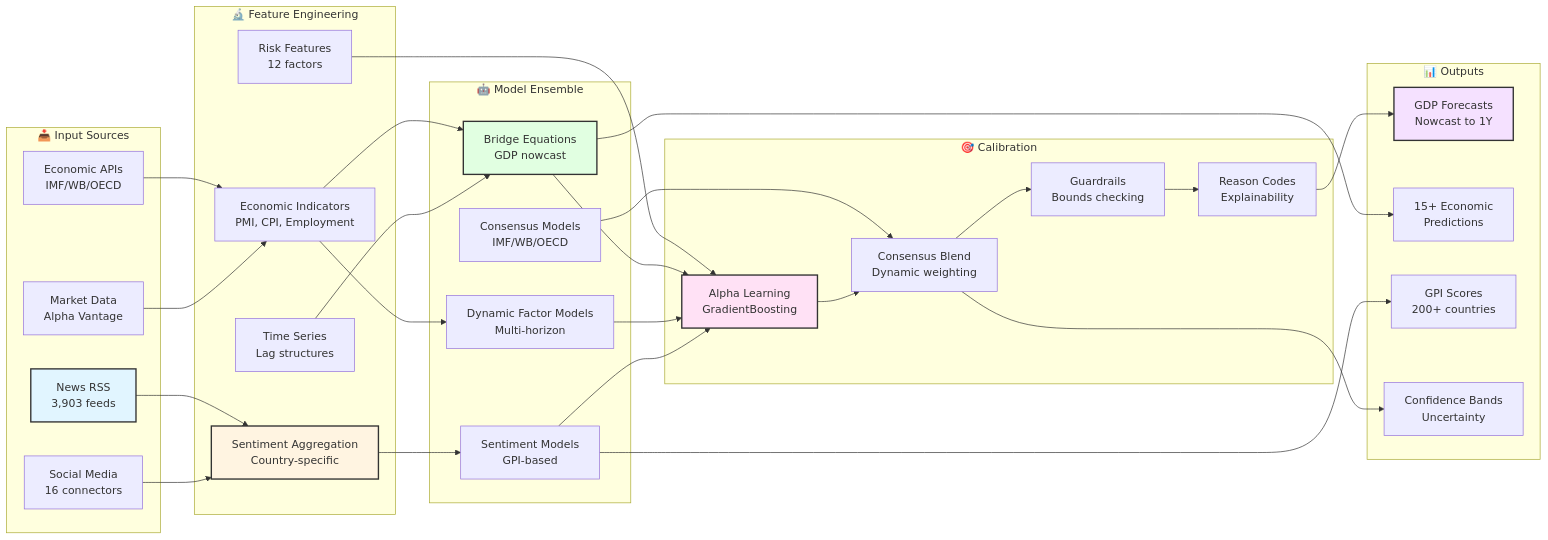
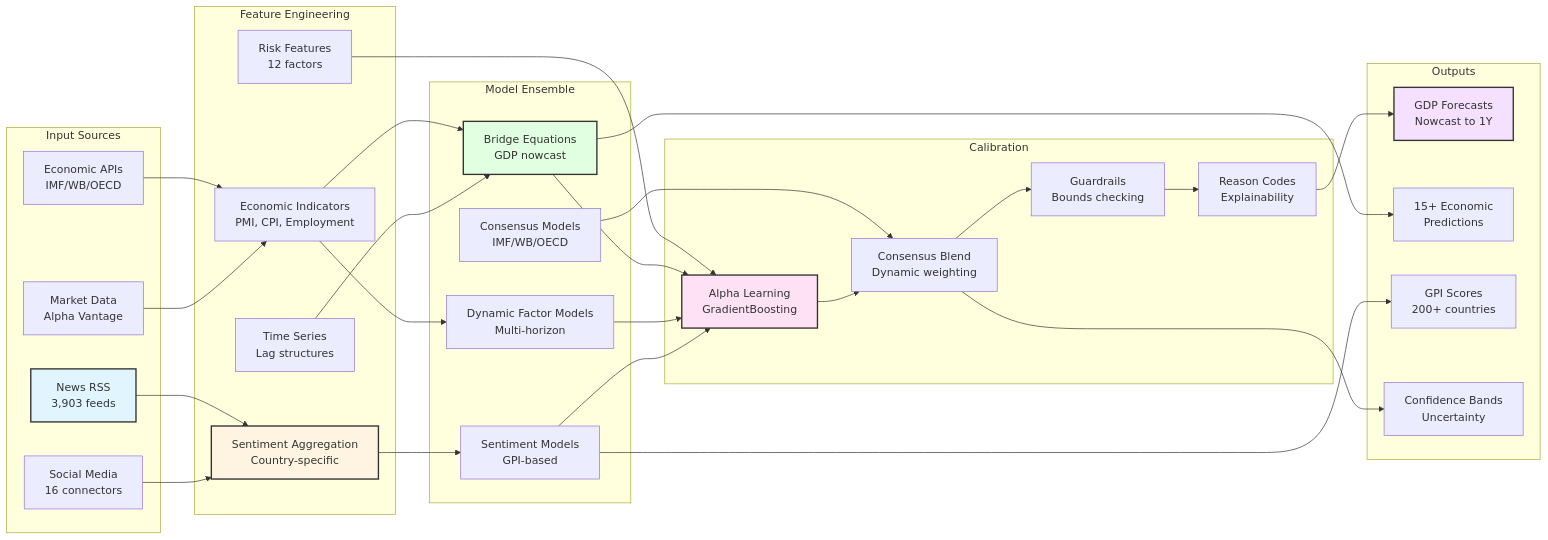
The fourth of 9 diagrams in README.md (BigMe123/BRGSentimentbot), drawn with Mermaid before and after one commit. The commit also changed other lines of this file and 103 other files, not shown here.

````diff
--- a/README.md
+++ b/README.md
@@ -388,68 +388,68 @@
 ```mermaid
 flowchart LR
-    subgraph "📥 Input Sources"
-        A1[News RSS<br/>3,903 feeds]
-        A2[Economic APIs<br/>IMF/WB/OECD]
-        A3[Social Media<br/>16 connectors]
-        A4[Market Data<br/>Alpha Vantage]
-    end
+ subgraph "Input Sources"
+ A1[News RSS<br/>3,903 feeds]
+ A2[Economic APIs<br/>IMF/WB/OECD]
+ A3[Social Media<br/>16 connectors]
+ A4[Market Data<br/>Alpha Vantage]
+ end
 
-    subgraph "🔬 Feature Engineering"
-        B1[Sentiment Aggregation<br/>Country-specific]
-        B2[Economic Indicators<br/>PMI, CPI, Employment]
-        B3[Risk Features<br/>12 factors]
-        B4[Time Series<br/>Lag structures]
-    end
+ subgraph "Feature Engineering"
+ B1[Sentiment Aggregation<br/>Country-specific]
+ B2[Economic Indicators<br/>PMI, CPI, Employment]
+ B3[Risk Features<br/>12 factors]
+ B4[Time Series<br/>Lag structures]
+ end
 
-    subgraph "🤖 Model Ensemble"
-        C1[Bridge Equations<br/>GDP nowcast]
-        C2[Dynamic Factor Models<br/>Multi-horizon]
-        C3[Consensus Models<br/>IMF/WB/OECD]
-        C4[Sentiment Models<br/>GPI-based]
-    end
+ subgraph "Model Ensemble"
+ C1[Bridge Equations<br/>GDP nowcast]
+ C2[Dynamic Factor Models<br/>Multi-horizon]
+ C3[Consensus Models<br/>IMF/WB/OECD]
+ C4[Sentiment Models<br/>GPI-based]
+ end
 
-    subgraph "🎯 Calibration"
-        D1[Alpha Learning<br/>GradientBoosting]
-        D2[Consensus Blend<br/>Dynamic weighting]
-        D3[Guardrails<br/>Bounds checking]
-        D4[Reason Codes<br/>Explainability]
-    end
+ subgraph "Calibration"
+ D1[Alpha Learning<br/>GradientBoosting]
+ D2[Consensus Blend<br/>Dynamic weighting]
+ D3[Guardrails<br/>Bounds checking]
+ D4[Reason Codes<br/>Explainability]
+ end
 
-    subgraph "📊 Outputs"
-        E1[GDP Forecasts<br/>Nowcast to 1Y]
-        E2[15+ Economic<br/>Predictions]
-        E3[GPI Scores<br/>200+ countries]
-        E4[Confidence Bands<br/>Uncertainty]
-    end
+ subgraph "Outputs"
+ E1[GDP Forecasts<br/>Nowcast to 1Y]
+ E2[15+ Economic<br/>Predictions]
+ E3[GPI Scores<br/>200+ countries]
+ E4[Confidence Bands<br/>Uncertainty]
+ end
 
-    A1 --> B1
-    A2 --> B2
-    A3 --> B1
-    A4 --> B2
+ A1 --> B1
+ A2 --> B2
+ A3 --> B1
+ A4 --> B2
 
-    B1 --> C4
-    B2 --> C1
-    B2 --> C2
-    B3 --> D1
-    B4 --> C1
+ B1 --> C4
+ B2 --> C1
+ B2 --> C2
+ B3 --> D1
+ B4 --> C1
 
-    C1 --> D1
-    C2 --> D1
-    C3 --> D2
-    C4 --> D1
+ C1 --> D1
+ C2 --> D1
+ C3 --> D2
+ C4 --> D1
 
-    D1 --> D2
-    D2 --> D3
-    D3 --> D4
+ D1 --> D2
+ D2 --> D3
+ D3 --> D4
 
-    D4 --> E1
-    C1 --> E2
-    C4 --> E3
-    D2 --> E4
+ D4 --> E1
+ C1 --> E2
+ C4 --> E3
+ D2 --> E4
 
-    style A1 fill:#e1f5ff,stroke:#333,stroke-width:2px
-    style B1 fill:#fff4e1,stroke:#333,stroke-width:2px
-    style C1 fill:#e1ffe1,stroke:#333,stroke-width:2px
-    style D1 fill:#ffe1f5,stroke:#333,stroke-width:2px
-    style E1 fill:#f5e1ff,stroke:#333,stroke-width:2px
+ style A1 fill:#e1f5ff,stroke:#333,stroke-width:2px
+ style B1 fill:#fff4e1,stroke:#333,stroke-width:2px
+ style C1 fill:#e1ffe1,stroke:#333,stroke-width:2px
+ style D1 fill:#ffe1f5,stroke:#333,stroke-width:2px
+ style E1 fill:#f5e1ff,stroke:#333,stroke-width:2px
 ```
````
